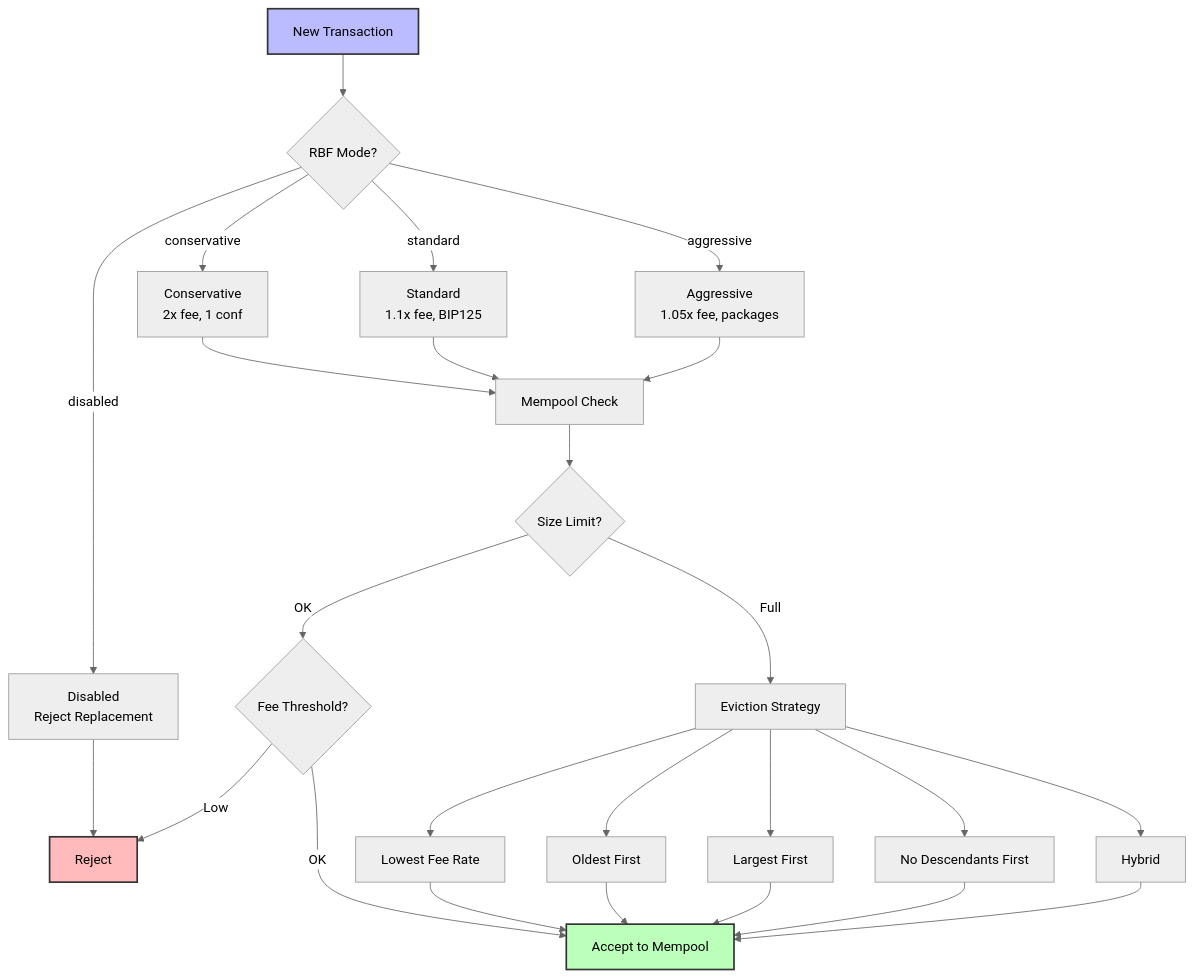
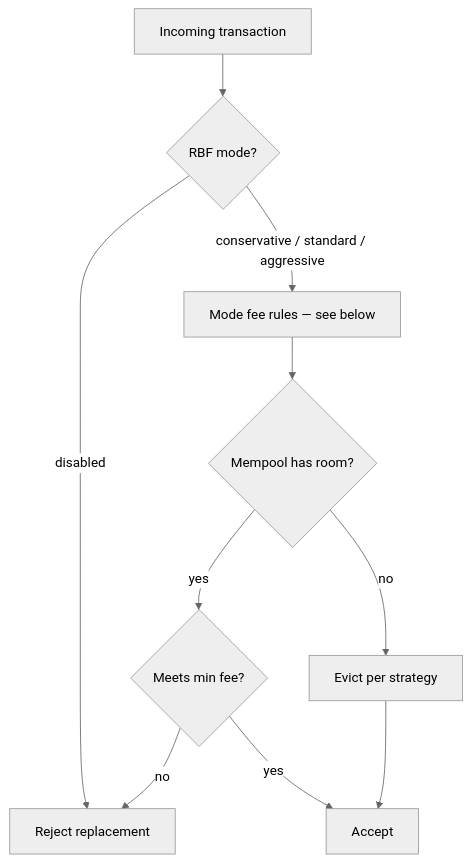
The diagram in src/node/rbf-mempool-policies.md (BTCDecoded/blvm-docs), drawn with Mermaid (neutral theme) before and after one commit. The commit also changed 18 other files, not shown here.

First line of the commit message:
docs: trim redundant mermaid charts and add operator decision flows

````diff
--- a/src/node/rbf-mempool-policies.md
+++ b/src/node/rbf-mempool-policies.md
@@ -7,42 +7,12 @@
 ```mermaid
 flowchart TD
-    TX[New Transaction]
-    RBF{RBF Mode?}
-    DISABLED[Disabled<br/>Reject Replacement]
-    CONSERVATIVE[Conservative<br/>2x fee, 1 conf]
-    STANDARD[Standard<br/>1.1x fee, BIP125]
-    AGGRESSIVE[Aggressive<br/>1.05x fee, packages]
-    
-    TX --> RBF
-    RBF -->|disabled| DISABLED
-    RBF -->|conservative| CONSERVATIVE
-    RBF -->|standard| STANDARD
-    RBF -->|aggressive| AGGRESSIVE
-    
-    CONSERVATIVE --> MP[Mempool Check]
-    STANDARD --> MP
-    AGGRESSIVE --> MP
-    DISABLED --> REJECT[Reject]
-    
-    MP --> SIZE{Size Limit?}
-    SIZE -->|OK| FEE{Fee Threshold?}
-    SIZE -->|Full| EVICT[Eviction Strategy]
-    FEE -->|OK| ACCEPT[Accept to Mempool]
-    FEE -->|Low| REJECT
-    
-    EVICT --> LOW[Lowest Fee Rate]
-    EVICT --> OLD[Oldest First]
-    EVICT --> LARGE[Largest First]
-    EVICT --> DESC[No Descendants First]
-    EVICT --> HYBRID[Hybrid]
-    
-    LOW --> ACCEPT
-    OLD --> ACCEPT
-    LARGE --> ACCEPT
-    DESC --> ACCEPT
-    HYBRID --> ACCEPT
-    
-    style TX fill:#bbf,stroke:#333,stroke-width:2px
-    style ACCEPT fill:#bfb,stroke:#333,stroke-width:2px
-    style REJECT fill:#fbb,stroke:#333,stroke-width:2px
+    TX[Incoming transaction] --> RBF{RBF mode?}
+    RBF -->|disabled| REJ[Reject replacement]
+    RBF -->|conservative / standard / aggressive| RULES[Mode fee rules — see below]
+    RULES --> CAP{Mempool has room?}
+    CAP -->|yes| FEE{Meets min fee?}
+    CAP -->|no| EVICT[Evict per strategy]
+    FEE -->|yes| ACC[Accept]
+    FEE -->|no| REJ
+    EVICT --> ACC
 ```
````
